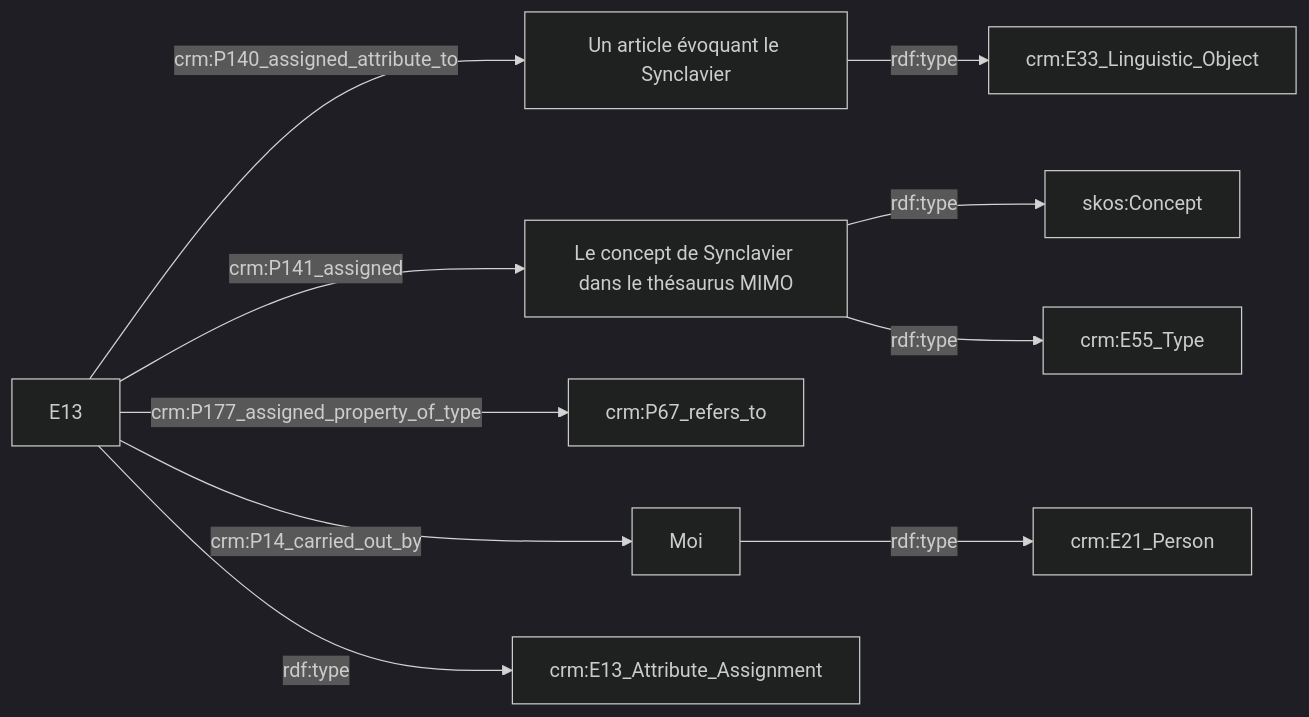
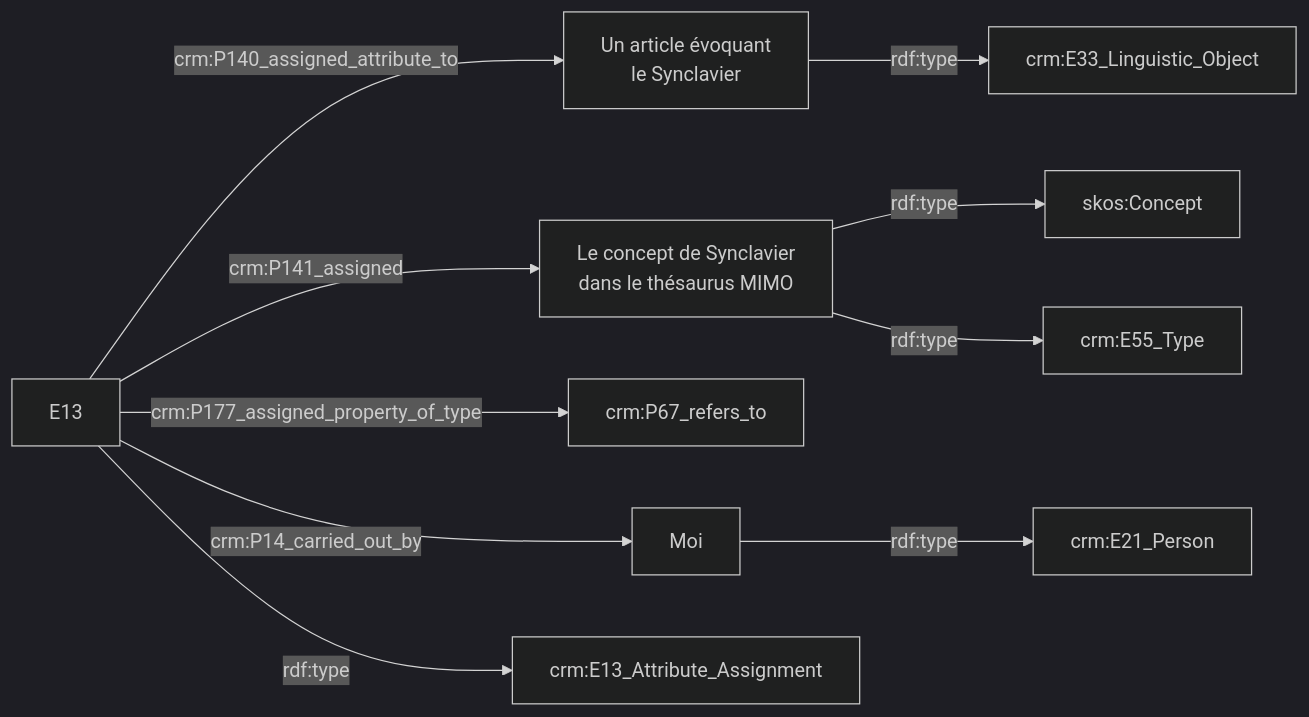
One commit to sherlock-iremus/sherlock changed the third of 4 diagrams in sherlock_model_indexing.md. Above: the diagram before and after it, drawn with Mermaid (dark theme). The commit also changed other lines of this file, not shown here.

````diff
--- a/sherlock_model_indexing.md
+++ b/sherlock_model_indexing.md
@@ -60,20 +60,20 @@
 ```mermaid
     flowchart LR
 
-    E33[Un article évoquant le Synclavier]
+    E33[Un article évoquant<br>le Synclavier]
     click E33 "https://www.soundonsound.com/people/mark-snow-scoring-x-files"
     
-    C[Le concept de Synclavier dans le thésaurus MIMO]
+    C[Le concept de Synclavier<br>dans le thésaurus MIMO]
     click C "https://vocabulary.mimo-international.com/InstrumentsKeywords/fr/page/2320"
 
     E13 -->|crm:P140_assigned_attribute_to| E33
     E13 -->|crm:P141_assigned| C
     E13 -->|crm:P177_assigned_property_of_type| crm:P67_refers_to
     E13 -->|crm:P14_carried_out_by| Moi
    
     E33 -->|rdf:type| crm:E33_Linguistic_Object
     C -->|rdf:type| skos:Concept
     C -->|rdf:type| crm:E55_Type
     E13 -->|rdf:type| crm:E13_Attribute_Assignment
     Moi -->|rdf:type| crm:E21_Person
 ```
````
